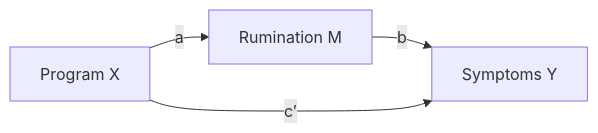
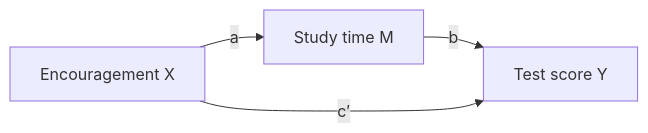
One commit to daob/stads-book changed the diagram in 03-identification-mediation.qmd. Above: the diagram before and after it, drawn with Mermaid. The commit also changed other lines of this file, not shown here.

````diff
--- a/03-identification-mediation.qmd
+++ b/03-identification-mediation.qmd
@@ -20,7 +18,7 @@
 ```{mermaid}
-%%| fig-cap: "The mediation model. The effect of X on Y decomposes into a direct part (c′) and an indirect part running through M (a×b)."
+%%| fig-cap: "The mediation model. The effect of X on Y splits into a direct part (c′) and an indirect part through M (a × b)."
 flowchart LR
-  X[Program X] -->|a| M[Rumination M]
-  M -->|b| Y[Symptoms Y]
+  X[Encouragement X] -->|a| M[Study time M]
+  M -->|b| Y[Test score Y]
   X -->|c′| Y
 ```
````
